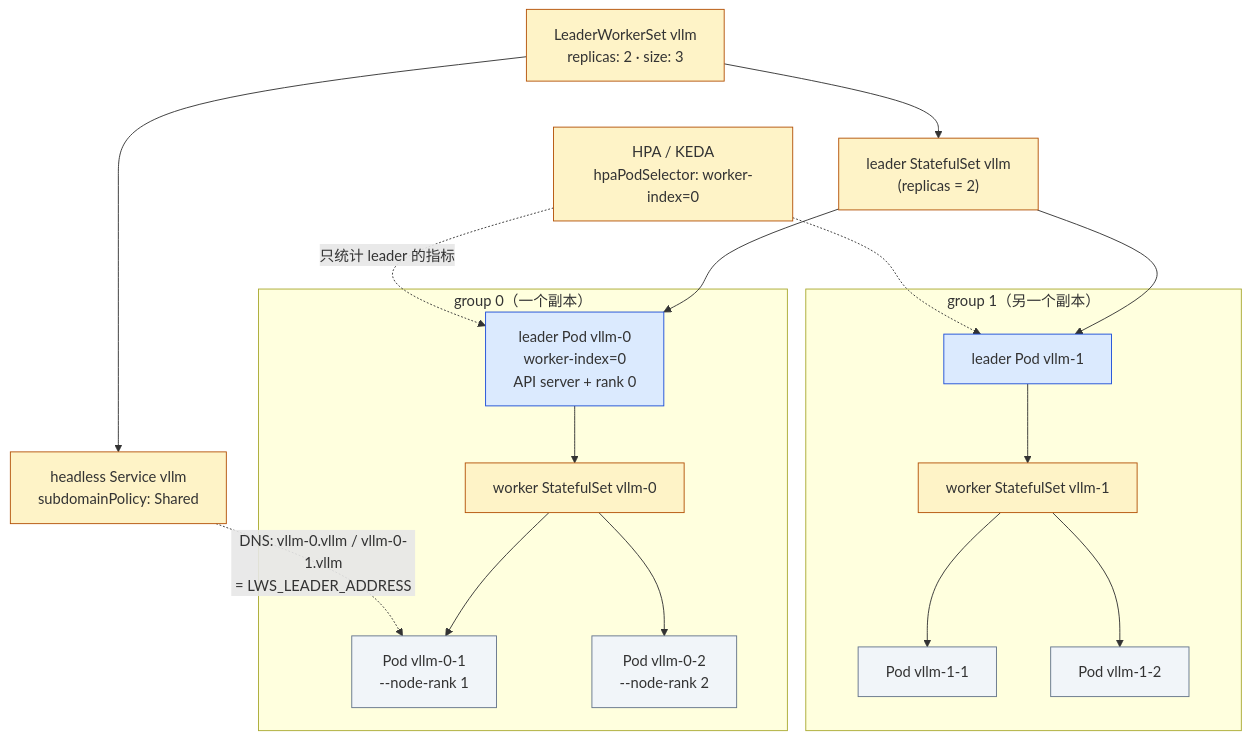
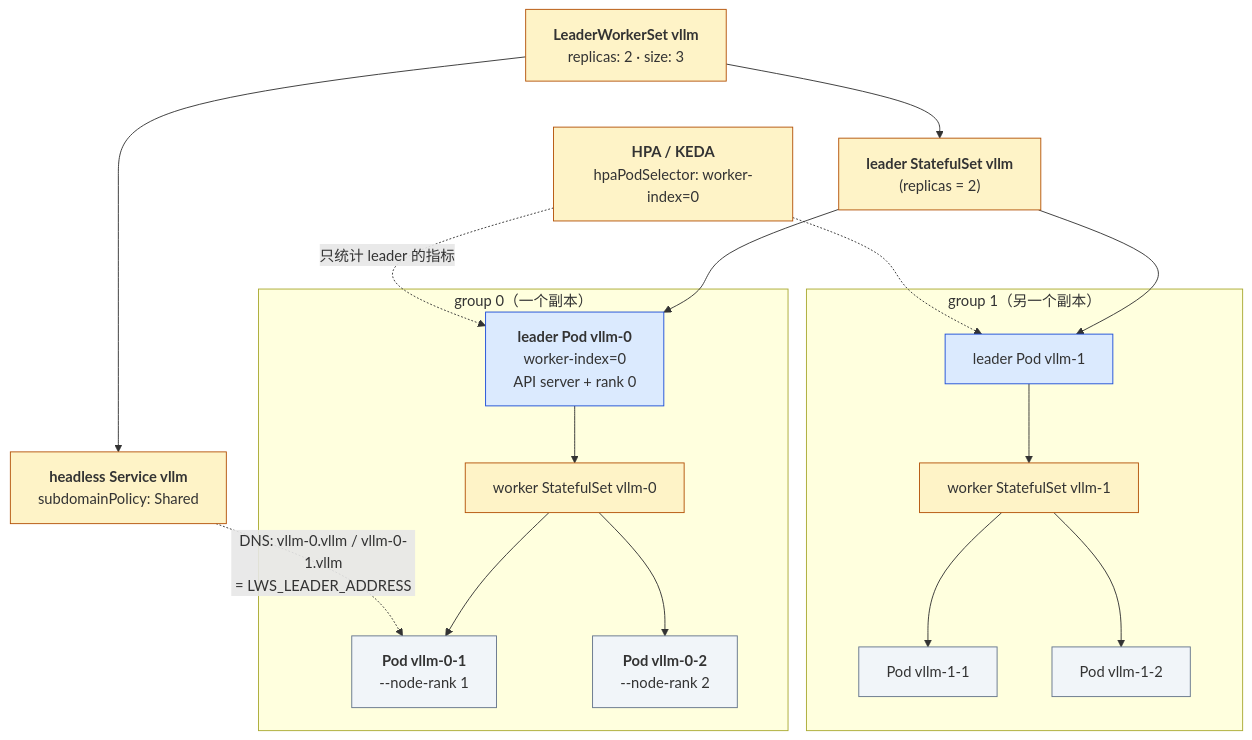
The first of 4 diagrams in _posts/2026-09-20-serving-platforms-kserve-triton-ray-serve-llm-d.md (arganzheng/arganzheng.github.com), drawn with Mermaid before and after one commit. The commit also changed other lines of this file and 8 other files, not shown here.

First line of the commit message:
AI 平台工程：资源层与交付层：Mermaid 多行方框的首行标为标题（9 篇）

````diff
--- a/_posts/2026-09-20-serving-platforms-kserve-triton-ray-serve-llm-d.md
+++ b/_posts/2026-09-20-serving-platforms-kserve-triton-ray-serve-llm-d.md
@@ -112,39 +112,39 @@
 ```mermaid
 %% 图：LeaderWorkerSet 的对象模型：leader 由一个 StatefulSet 统一管理，每个 group 的 worker 各有自己的 StatefulSet，HPA 与 Service 只看见 leader
 flowchart TB
-    LWS["LeaderWorkerSet vllm<br/>replicas: 2 · size: 3"]
-    LSTS["leader StatefulSet vllm<br/>(replicas = 2)"]
-    SVC["headless Service vllm<br/>subdomainPolicy: Shared"]
+    LWS["<b>LeaderWorkerSet vllm</b><br/>replicas: 2 · size: 3"]
+    LSTS["<b>leader StatefulSet vllm</b><br/>(replicas = 2)"]
+    SVC["<b>headless Service vllm</b><br/>subdomainPolicy: Shared"]
     LWS --> LSTS
     LWS --> SVC
     subgraph g0["group 0（一个副本）"]
-        L0["leader Pod vllm-0<br/>worker-index=0<br/>API server + rank 0"]
+        L0["<b>leader Pod vllm-0</b><br/>worker-index=0<br/>API server + rank 0"]
         WS0["worker StatefulSet vllm-0"]
-        W01["Pod vllm-0-1<br/>--node-rank 1"]
-        W02["Pod vllm-0-2<br/>--node-rank 2"]
+        W01["<b>Pod vllm-0-1</b><br/>--node-rank 1"]
+        W02["<b>Pod vllm-0-2</b><br/>--node-rank 2"]
         L0 --> WS0
         WS0 --> W01
         WS0 --> W02
     end
     subgraph g1["group 1（另一个副本）"]
         L1["leader Pod vllm-1"]
         WS1["worker StatefulSet vllm-1"]
         W11["Pod vllm-1-1"]
         W12["Pod vllm-1-2"]
         L1 --> WS1
         WS1 --> W11
         WS1 --> W12
     end
     LSTS --> L0
     LSTS --> L1
-    HPA["HPA / KEDA<br/>hpaPodSelector: worker-index=0"]
+    HPA["<b>HPA / KEDA</b><br/>hpaPodSelector: worker-index=0"]
     HPA -. "只统计 leader 的指标" .-> L0
     HPA -. " " .-> L1
     SVC -. "DNS: vllm-0.vllm / vllm-0-1.vllm<br/>= LWS_LEADER_ADDRESS" .-> W01
     classDef leader fill:#dbeafe,stroke:#1d4ed8;
     classDef worker fill:#f1f5f9,stroke:#64748b;
     classDef ctl fill:#fef3c7,stroke:#b45309;
     class L0,L1 leader;
     class W01,W02,W11,W12 worker;
     class LWS,LSTS,WS0,WS1,SVC,HPA ctl;
 ```
````
